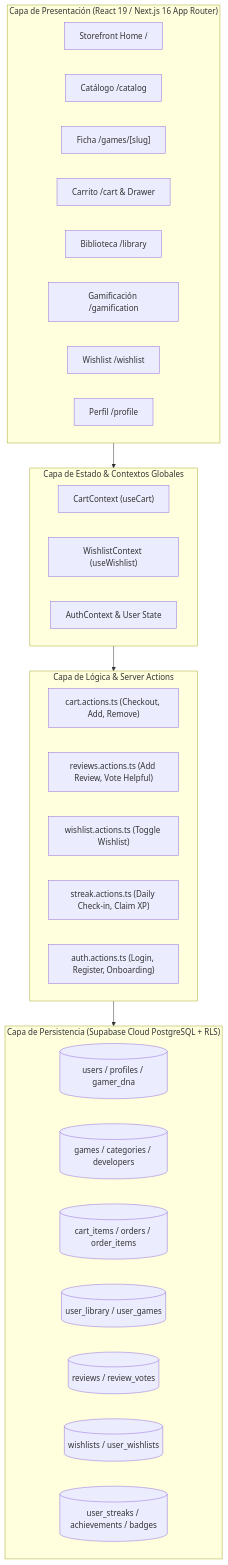
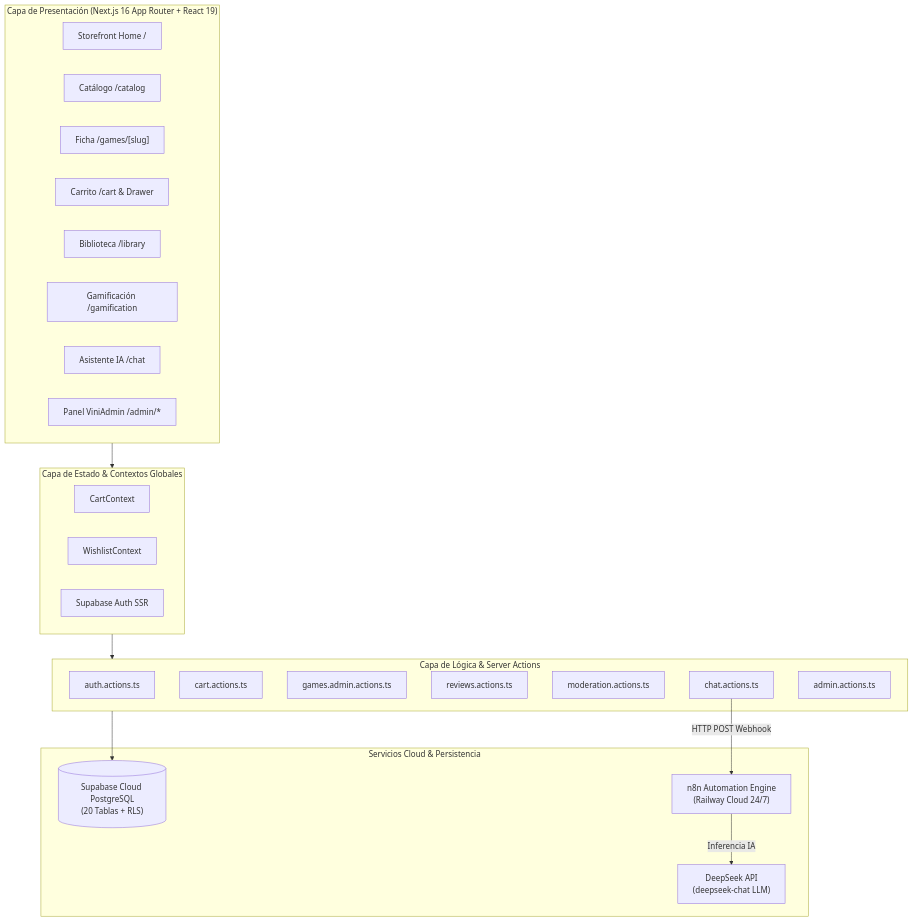
The second of 2 diagrams in README.md (sergiam071105-ai/Vini-Games), drawn with Mermaid before and after one commit. The commit also changed other lines of this file, not shown here.

Commit message:
docs: actualizar README.md completo para Sprint 4 con ViniChat N8N Cloud, ViniAdmin y mapa de 26 rutas

````diff
--- a/README.md
+++ b/README.md
@@ -43,41 +52,41 @@
 ```mermaid
 graph TD
-    subgraph UI ["Capa de Presentación (React 19 / Next.js 16 App Router)"]
-        A["Storefront Home /"]
-        B["Catálogo /catalog"]
-        C["Ficha /games/[slug]"]
-        D["Carrito /cart & Drawer"]
-        E["Biblioteca /library"]
-        F["Gamificación /gamification"]
-        G["Wishlist /wishlist"]
-        H["Perfil /profile"]
+    subgraph Client ["Capa de Presentación (Next.js 16 App Router + React 19)"]
+        UI_Home["Storefront Home /"]
+        UI_Cat["Catálogo /catalog"]
+        UI_Game["Ficha /games/[slug]"]
+        UI_Cart["Carrito /cart & Drawer"]
+        UI_Lib["Biblioteca /library"]
+        UI_Gam["Gamificación /gamification"]
+        UI_Chat["Asistente IA /chat"]
+        UI_Admin["Panel ViniAdmin /admin/*"]
     end
 
     subgraph State ["Capa de Estado & Contextos Globales"]
-        C1["CartContext (useCart)"]
-        C2["WishlistContext (useWishlist)"]
-        C3["AuthContext & User State"]
+        CTX_Cart["CartContext"]
+        CTX_Wish["WishlistContext"]
+        CTX_Auth["Supabase Auth SSR"]
     end
 
-    subgraph Actions ["Capa de Lógica & Server Actions"]
-        SA1["cart.actions.ts (Checkout, Add, Remove)"]
-        SA2["reviews.actions.ts (Add Review, Vote Helpful)"]
-        SA3["wishlist.actions.ts (Toggle Wishlist)"]
-        SA4["streak.actions.ts (Daily Check-in, Claim XP)"]
-        SA5["auth.actions.ts (Login, Register, Onboarding)"]
+    subgraph ServerActions ["Capa de Lógica & Server Actions"]
+        SA_Auth["auth.actions.ts"]
+        SA_Cart["cart.actions.ts"]
+        SA_Games["games.admin.actions.ts"]
+        SA_Reviews["reviews.actions.ts"]
+        SA_Mod["moderation.actions.ts"]
+        SA_Chat["chat.actions.ts"]
+        SA_Admin["admin.actions.ts"]
     end
 
-    subgraph Backend ["Capa de Persistencia (Supabase Cloud PostgreSQL + RLS)"]
-        DB1[("users / profiles / gamer_dna")]
-        DB2[("games / categories / developers")]
-        DB3[("cart_items / orders / order_items")]
-        DB4[("user_library / user_games")]
-        DB5[("reviews / review_votes")]
-        DB6[("wishlists / user_wishlists")]
-        DB7[("user_streaks / achievements / badges")]
+    subgraph External ["Servicios Cloud & Persistencia"]
+        DB[("Supabase Cloud PostgreSQL\n(20 Tablas + RLS)")]
+        N8N["n8n Automation Engine\n(Railway Cloud 24/7)"]
+        DeepSeek["DeepSeek API\n(deepseek-chat LLM)"]
     end
 
-    UI --> State
-    State --> Actions
-    Actions --> Backend
+    Client --> State
+    State --> ServerActions
+    ServerActions --> DB
+    SA_Chat -->|HTTP POST Webhook| N8N
+    N8N -->|Inferencia IA| DeepSeek
 ```
````
